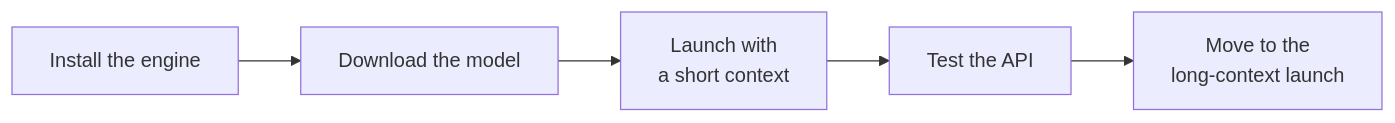
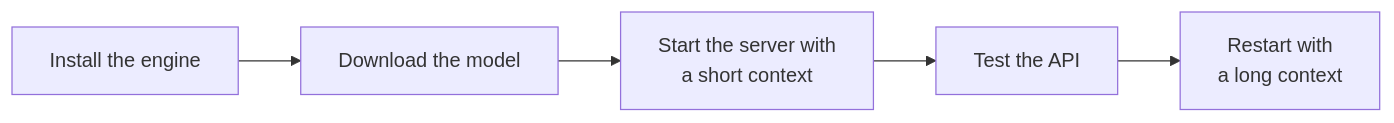
Before and after one commit to jellydn/tiny-local-ai: the diagram in docs/3-run.md, drawn with Mermaid. The commit also changed other lines of this file and 9 other files, not shown here.

````diff
--- a/docs/3-run.md
+++ b/docs/3-run.md
@@ -9,7 +9,7 @@
 ```mermaid
 flowchart LR
     A["Install the engine"] --> B["Download the model"]
-    B --> C["Launch with<br/>a short context"]
+    B --> C["Start the server with<br/>a short context"]
     C --> D["Test the API"]
-    D --> E["Move to the<br/>long-context launch"]
+    D --> E["Restart with<br/>a long context"]
 ```
````
